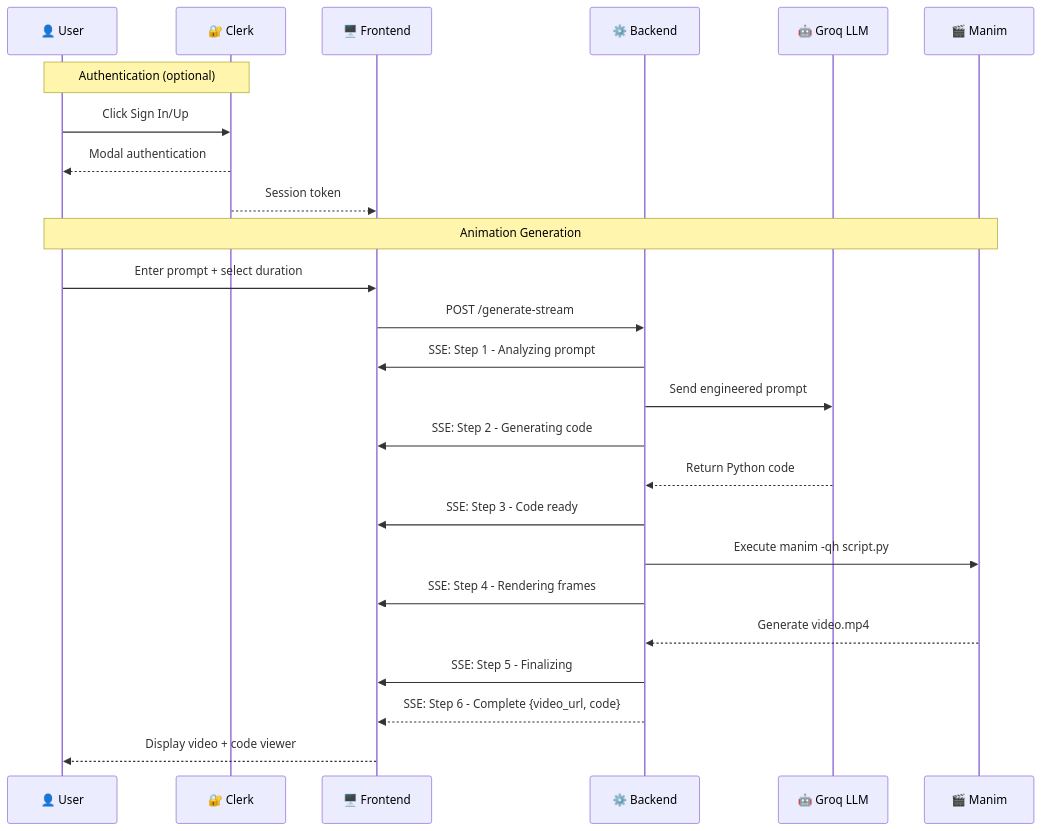
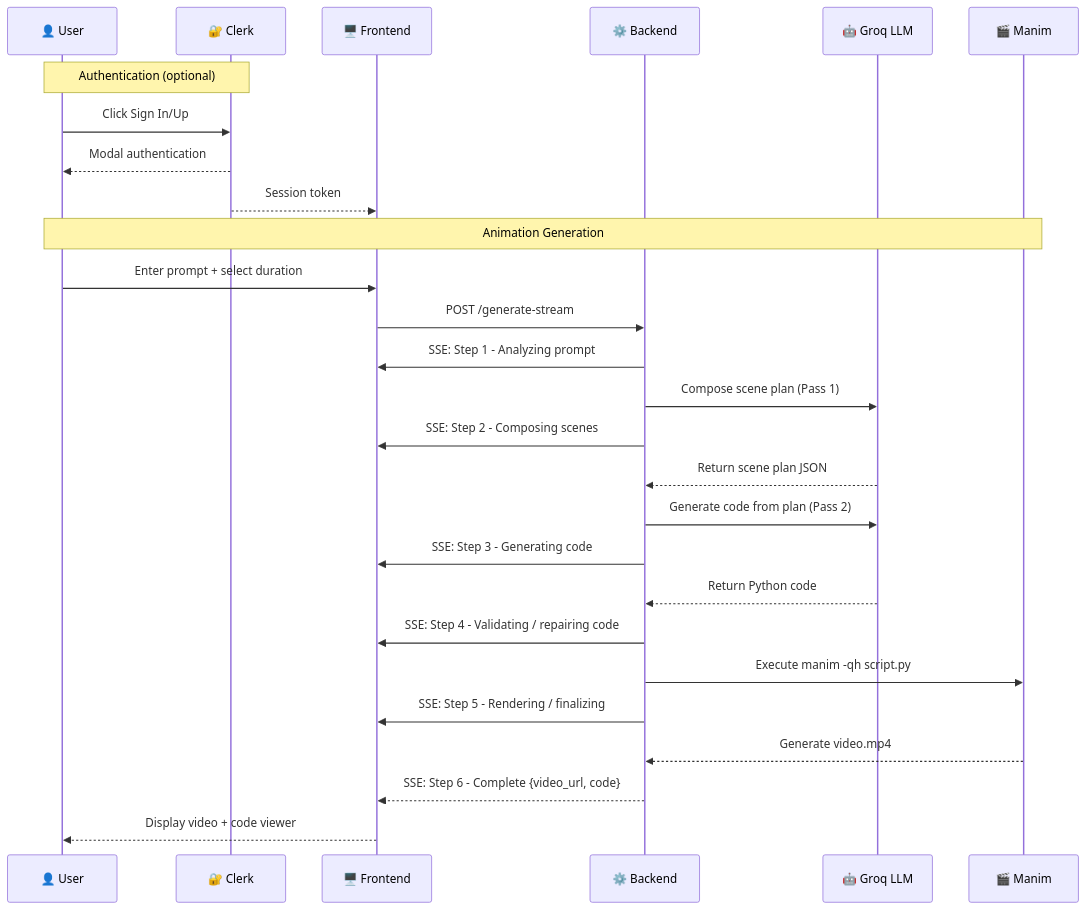
The second of 4 diagrams in README.md (Aafimalek/prompt_to_animate), drawn with Mermaid before and after one commit. The commit also changed other lines of this file and 14 other files, not shown here.

First line of the commit message:
Add scene composition and code generation systems for ManimCE

````diff
--- a/README.md
+++ b/README.md
@@ -145,32 +145,34 @@
 ```mermaid
 sequenceDiagram
     participant U as 👤 User
     participant C as 🔐 Clerk
     participant F as 🖥️ Frontend
     participant B as ⚙️ Backend
     participant G as 🤖 Groq LLM
     participant M as 🎬 Manim
 
     Note over U,C: Authentication (optional)
     U->>C: Click Sign In/Up
     C-->>U: Modal authentication
     C-->>F: Session token
 
     Note over U,M: Animation Generation
     U->>F: Enter prompt + select duration
     F->>B: POST /generate-stream
     
     B->>F: SSE: Step 1 - Analyzing prompt
-    B->>G: Send engineered prompt
-    B->>F: SSE: Step 2 - Generating code
+    B->>G: Compose scene plan (Pass 1)
+    B->>F: SSE: Step 2 - Composing scenes
+    G-->>B: Return scene plan JSON
+    B->>G: Generate code from plan (Pass 2)
+    B->>F: SSE: Step 3 - Generating code
     G-->>B: Return Python code
-    B->>F: SSE: Step 3 - Code ready
+    B->>F: SSE: Step 4 - Validating / repairing code
     
     B->>M: Execute manim -qh script.py
-    B->>F: SSE: Step 4 - Rendering frames
+    B->>F: SSE: Step 5 - Rendering / finalizing
     M-->>B: Generate video.mp4
-    B->>F: SSE: Step 5 - Finalizing
     
     B-->>F: SSE: Step 6 - Complete {video_url, code}
     F-->>U: Display video + code viewer
 ```
````
